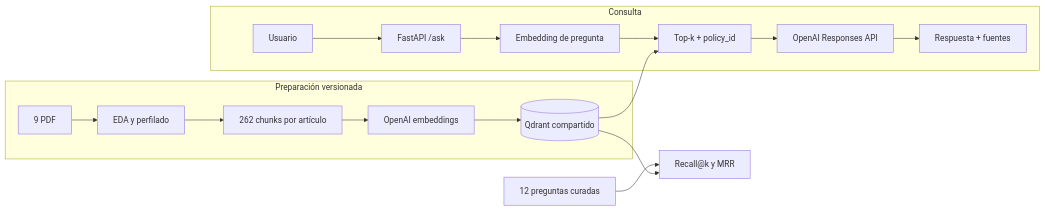
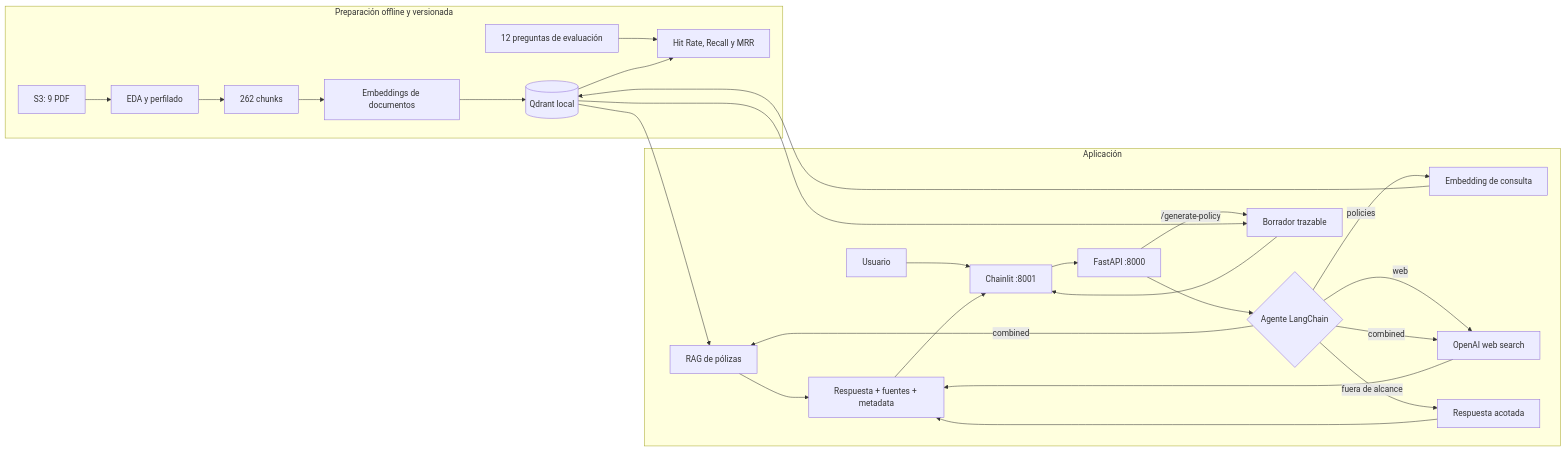
Before and after one commit to mateosalgado3/Insurance-Policy-Generation-Chatbot-: the diagram in docs/architecture.md, drawn with Mermaid. The commit also changed other lines of this file and 27 other files, not shown here.

````diff
--- a/docs/architecture.md
+++ b/docs/architecture.md
@@ -5,21 +5,31 @@
 ```mermaid
 flowchart LR
-    subgraph batch["Preparación versionada"]
-        pdf["9 PDF"] --> eda["EDA y perfilado"]
-        eda --> chunks["262 chunks por artículo"]
-        chunks --> embedDocs["OpenAI embeddings"]
-        embedDocs --> qdrant[("Qdrant compartido")]
+    subgraph offline["Preparación offline y versionada"]
+        s3["S3: 9 PDF"] --> eda["EDA y perfilado"]
+        eda --> chunks["262 chunks"]
+        chunks --> docEmb["Embeddings de documentos"]
+        docEmb --> qdrant[("Qdrant local")]
+        eval["12 preguntas de evaluación"] --> metrics["Hit Rate, Recall y MRR"]
+        qdrant --> metrics
     end
 
-    subgraph request["Consulta"]
-        user["Usuario"] --> api["FastAPI /ask"]
-        api --> embedQuery["Embedding de pregunta"]
-        embedQuery --> retrieve["Top-k + policy_id"]
-        qdrant --> retrieve
-        retrieve --> llm["OpenAI Responses API"]
-        llm --> answer["Respuesta + fuentes"]
+    subgraph runtime["Aplicación"]
+        user["Usuario"] --> ui["Chainlit :8001"]
+        ui --> api["FastAPI :8000"]
+        api --> agent{"Agente LangChain"}
+        agent -->|policies| queryEmb["Embedding de consulta"]
+        queryEmb --> qdrant
+        qdrant --> rag["RAG de pólizas"]
+        agent -->|web| web["OpenAI web search"]
+        agent -->|combined| rag
+        agent -->|combined| web
+        agent -->|fuera de alcance| decline["Respuesta acotada"]
+        rag --> response["Respuesta + fuentes + metadata"]
+        web --> response
+        decline --> response
+        api -->|/generate-policy| draft["Borrador trazable"]
+        qdrant --> draft
+        response --> ui
+        draft --> ui
     end
-
-    questions["12 preguntas curadas"] --> evaluation["Recall@k y MRR"]
-    qdrant --> evaluation
 ```
````
